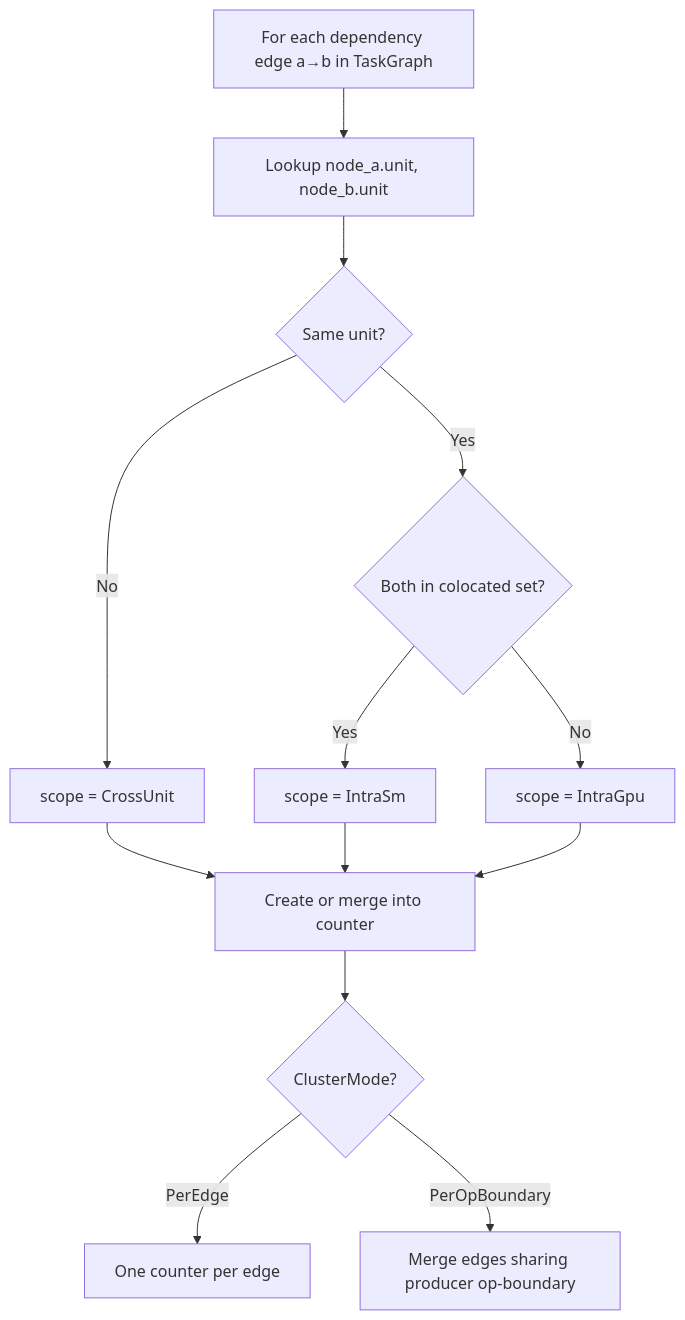
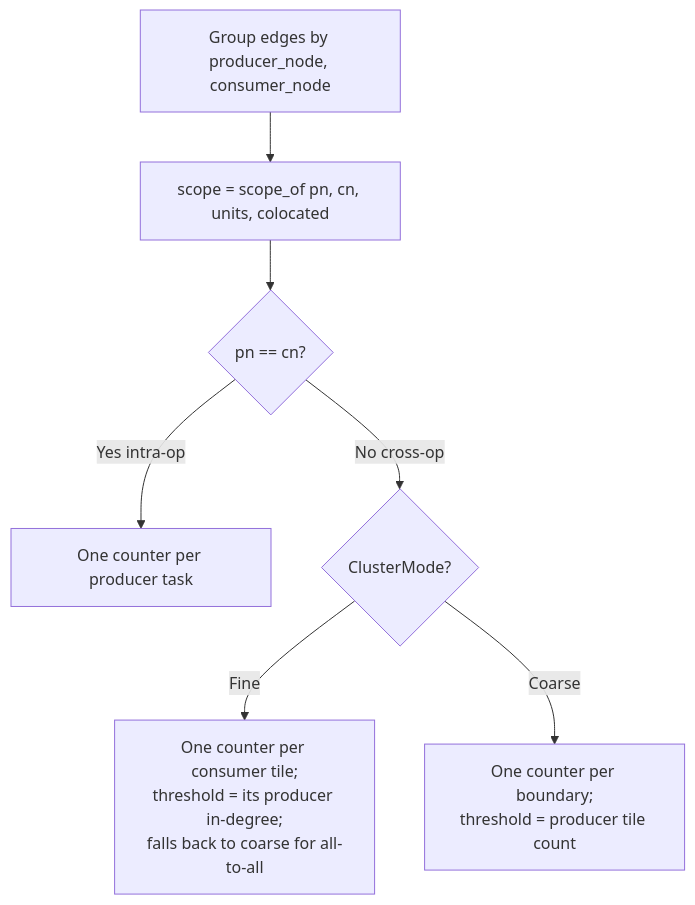
Before and after one commit to infervisor/plow: the third of 5 diagrams in docs/arch/05-counter-system.md, drawn with Mermaid. The commit also changed other lines of this file and 325 other files, not shown here.

````diff
--- a/docs/arch/05-counter-system.md
+++ b/docs/arch/05-counter-system.md
@@ -102,16 +127,10 @@
 ```mermaid
 flowchart TD
-    A[For each dependency edge a→b in TaskGraph]
-    A --> B[Lookup node_a.unit, node_b.unit]
-    B --> C{Same unit?}
-    C -->|No| D[scope = CrossUnit]
-    C -->|Yes| E{Both in colocated set?}
-    E -->|Yes| F[scope = IntraSm]
-    E -->|No| G[scope = IntraGpu]
-    D --> H[Create or merge into counter]
-    F --> H
-    G --> H
-    H --> I{ClusterMode?}
-    I -->|PerEdge| J[One counter per edge]
-    I -->|PerOpBoundary| K[Merge edges sharing producer op-boundary]
+    A[Group edges by producer_node, consumer_node]
+    A --> S[scope = scope_of pn, cn, units, colocated]
+    S --> C{pn == cn?}
+    C -->|Yes intra-op| P[One counter per producer task]
+    C -->|No cross-op| M{ClusterMode?}
+    M -->|Fine| F[One counter per consumer tile;<br/>threshold = its producer in-degree;<br/>falls back to coarse for all-to-all]
+    M -->|Coarse| G[One counter per boundary;<br/>threshold = producer tile count]
 ```
````
